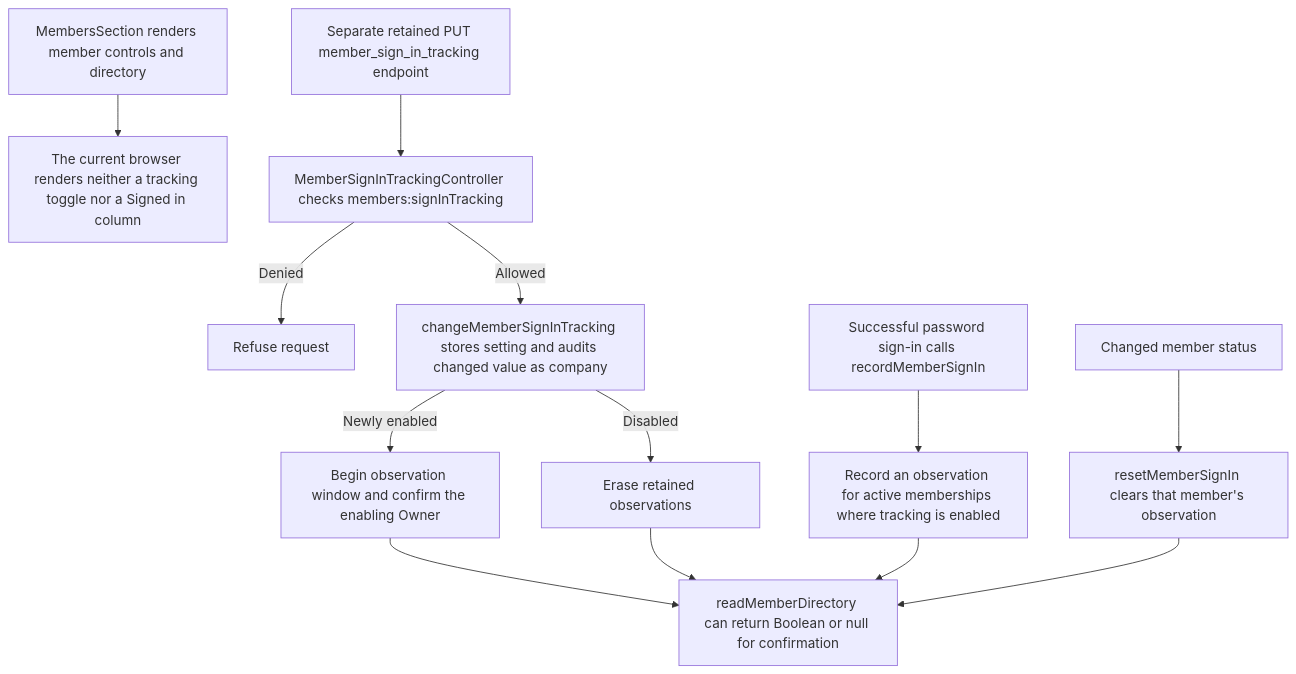
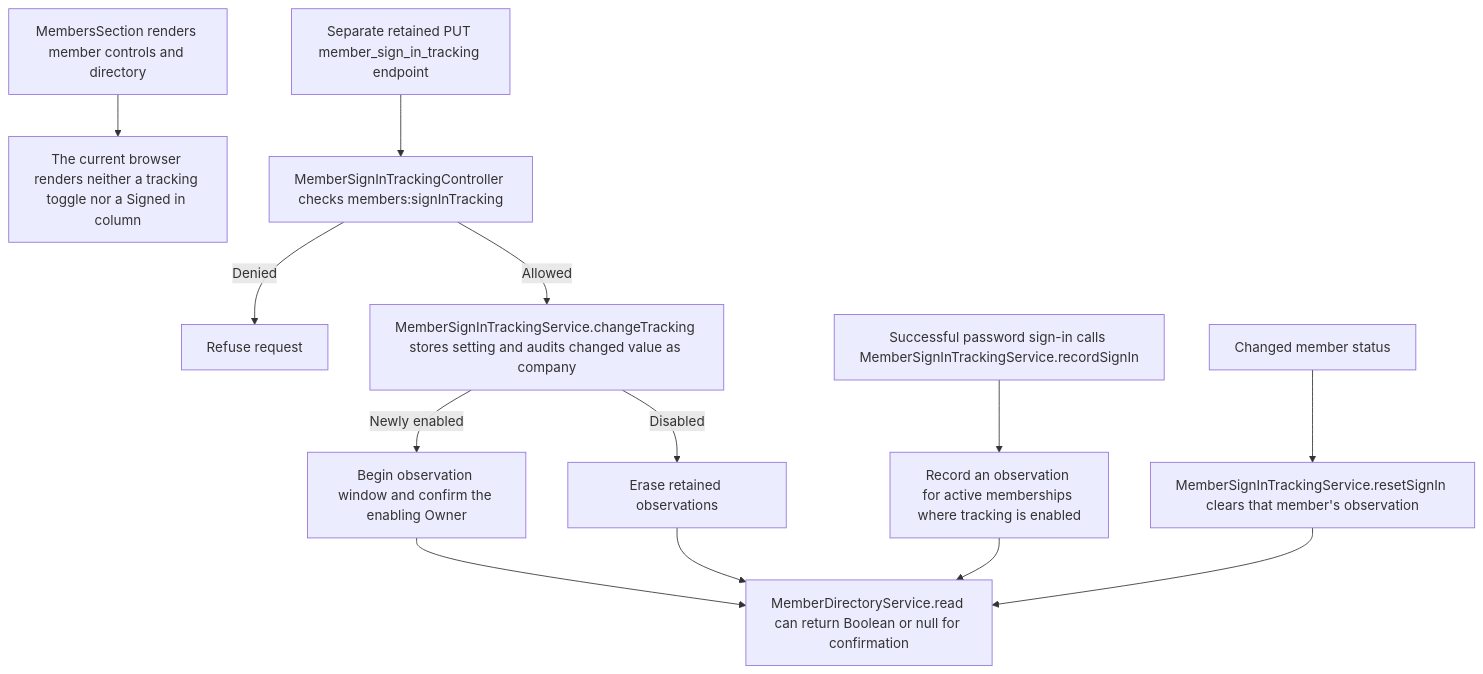
One commit to Kevinjohn/capacitylens changed the second of 2 diagrams in user-stories/team/US-TEAM-11-sign-in-tracking.md. Above: the diagram before and after it, drawn with Mermaid. The commit also changed 4 other files, not shown here.

````diff
--- a/user-stories/team/US-TEAM-11-sign-in-tracking.md
+++ b/user-stories/team/US-TEAM-11-sign-in-tracking.md
@@ -33,15 +33,15 @@
 ```mermaid
 flowchart TD
   screen["MembersSection renders member controls and directory"] --> hidden["The current browser renders neither a tracking toggle nor a Signed in column"]
   api["Separate retained PUT member_sign_in_tracking endpoint"] --> auth["MemberSignInTrackingController checks members:signInTracking"]
   auth -->|Denied| refusal["Refuse request"]
-  auth -->|Allowed| tracking["changeMemberSignInTracking stores setting and audits changed value as company"]
+  auth -->|Allowed| tracking["MemberSignInTrackingService.changeTracking stores setting and audits changed value as company"]
   tracking -->|Newly enabled| window["Begin observation window and confirm the enabling Owner"]
   tracking -->|Disabled| remove["Erase retained observations"]
-  login["Successful password sign-in calls recordMemberSignIn"] --> producer["Record an observation for active memberships where tracking is enabled"]
-  status["Changed member status"] --> erase["resetMemberSignIn clears that member's observation"]
-  window --> directory["readMemberDirectory can return Boolean or null for confirmation"]
+  login["Successful password sign-in calls MemberSignInTrackingService.recordSignIn"] --> producer["Record an observation for active memberships where tracking is enabled"]
+  status["Changed member status"] --> erase["MemberSignInTrackingService.resetSignIn clears that member's observation"]
+  window --> directory["MemberDirectoryService.read can return Boolean or null for confirmation"]
   remove --> directory
   producer --> directory
   erase --> directory
 ```
````
